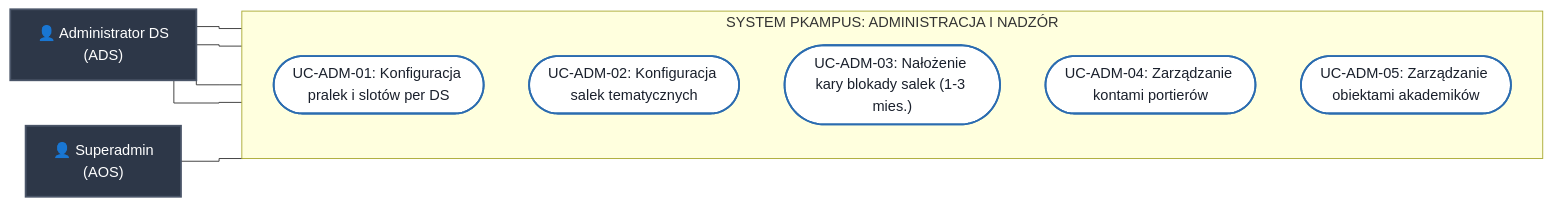
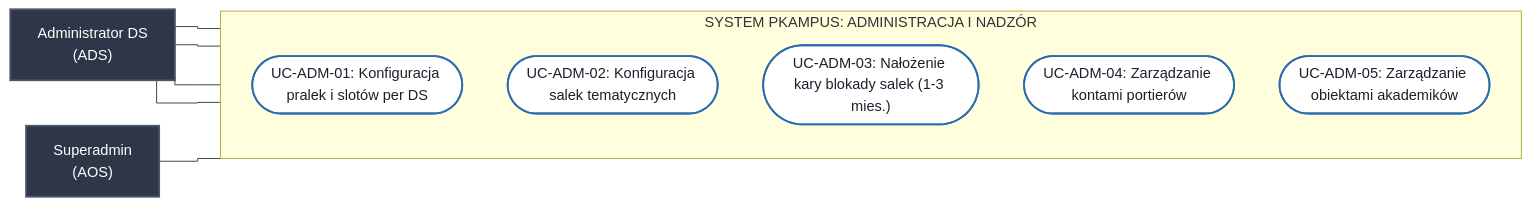
One commit to Buczy8/PKampus changed the eighth of 8 diagrams in Docs/Diagramy_Przypadkow_Uzycia.md. Above: the diagram before and after it, drawn with Mermaid. The commit also changed other lines of this file and 3 other files, not shown here.

Commit message:
docs: update use case and sequence diagrams for PKampus system, improve clarity and consistency

````diff
--- a/Docs/Diagramy_Przypadkow_Uzycia.md
+++ b/Docs/Diagramy_Przypadkow_Uzycia.md
@@ -268,26 +271,26 @@
 ```mermaid
 %%{init: {'flowchart': {'curve': 'stepBefore'}}}%%
 flowchart LR
     classDef actorStyle fill:#2d3748,stroke:#4a5568,stroke-width:2px,color:#fff;
     classDef ucStyle fill:#fff,stroke:#2b6cb0,stroke-width:2px,color:#1a202c;
 
-    AdminDS["👤 Administrator DS<br/>(ADS)"]:::actorStyle
+    AdminDS["Administrator DS<br/>(ADS)"]:::actorStyle
 
     subgraph System_Admin ["SYSTEM PKAMPUS: ADMINISTRACJA I NADZÓR"]
         direction TB
         UC_ADM_01(["UC-ADM-01: Konfiguracja pralek i slotów per DS"]):::ucStyle
         UC_ADM_02(["UC-ADM-02: Konfiguracja salek tematycznych"]):::ucStyle
         UC_ADM_03(["UC-ADM-03: Nałożenie kary blokady salek (1-3 mies.)"]):::ucStyle
         UC_ADM_04(["UC-ADM-04: Zarządzanie kontami portierów"]):::ucStyle
         UC_ADM_05(["UC-ADM-05: Zarządzanie obiektami akademików"]):::ucStyle
     end
 
-    SuperAdmin["👤 Superadmin<br/>(AOS)"]:::actorStyle
+    SuperAdmin["Superadmin<br/>(AOS)"]:::actorStyle
 
     AdminDS --- UC_ADM_01
     AdminDS --- UC_ADM_02
     AdminDS --- UC_ADM_03
     AdminDS --- UC_ADM_04
 
     SuperAdmin --- UC_ADM_05
 ```
````
